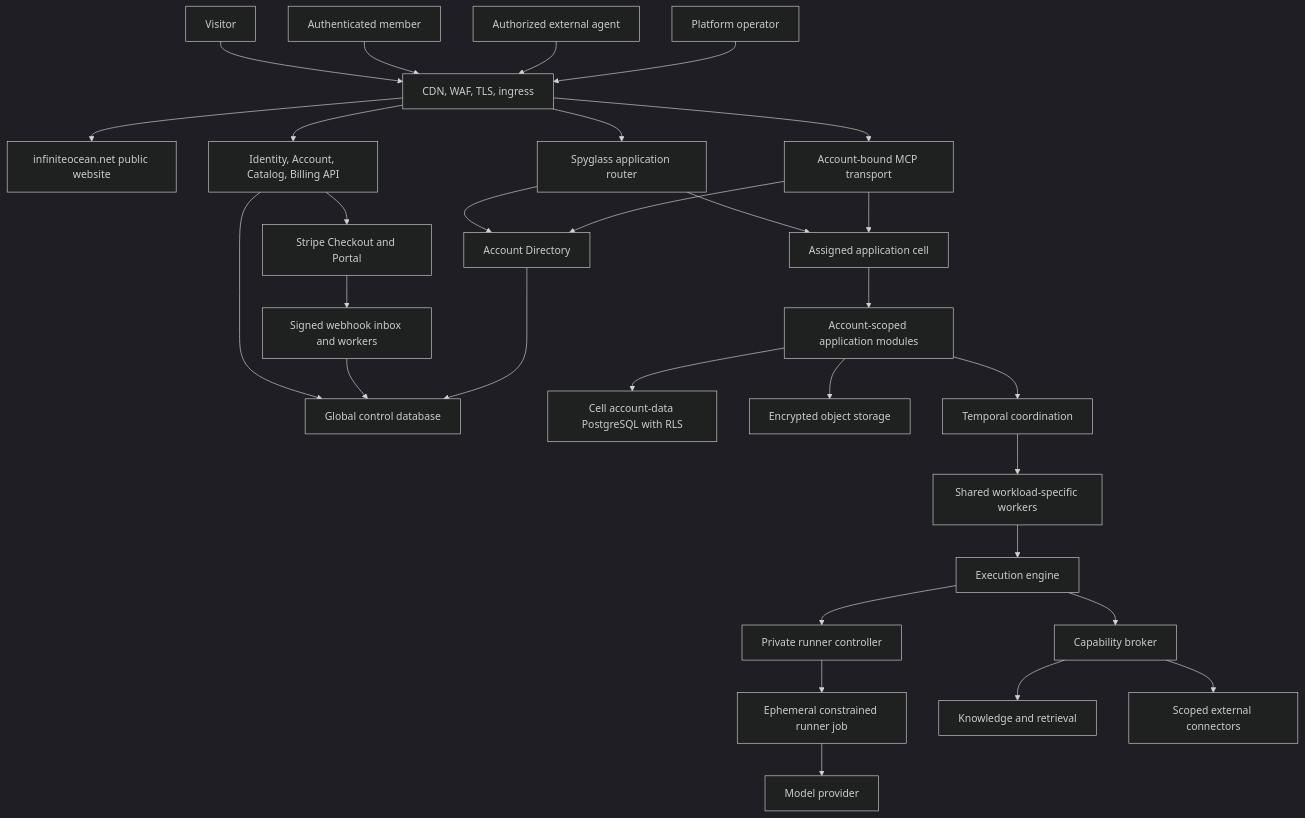
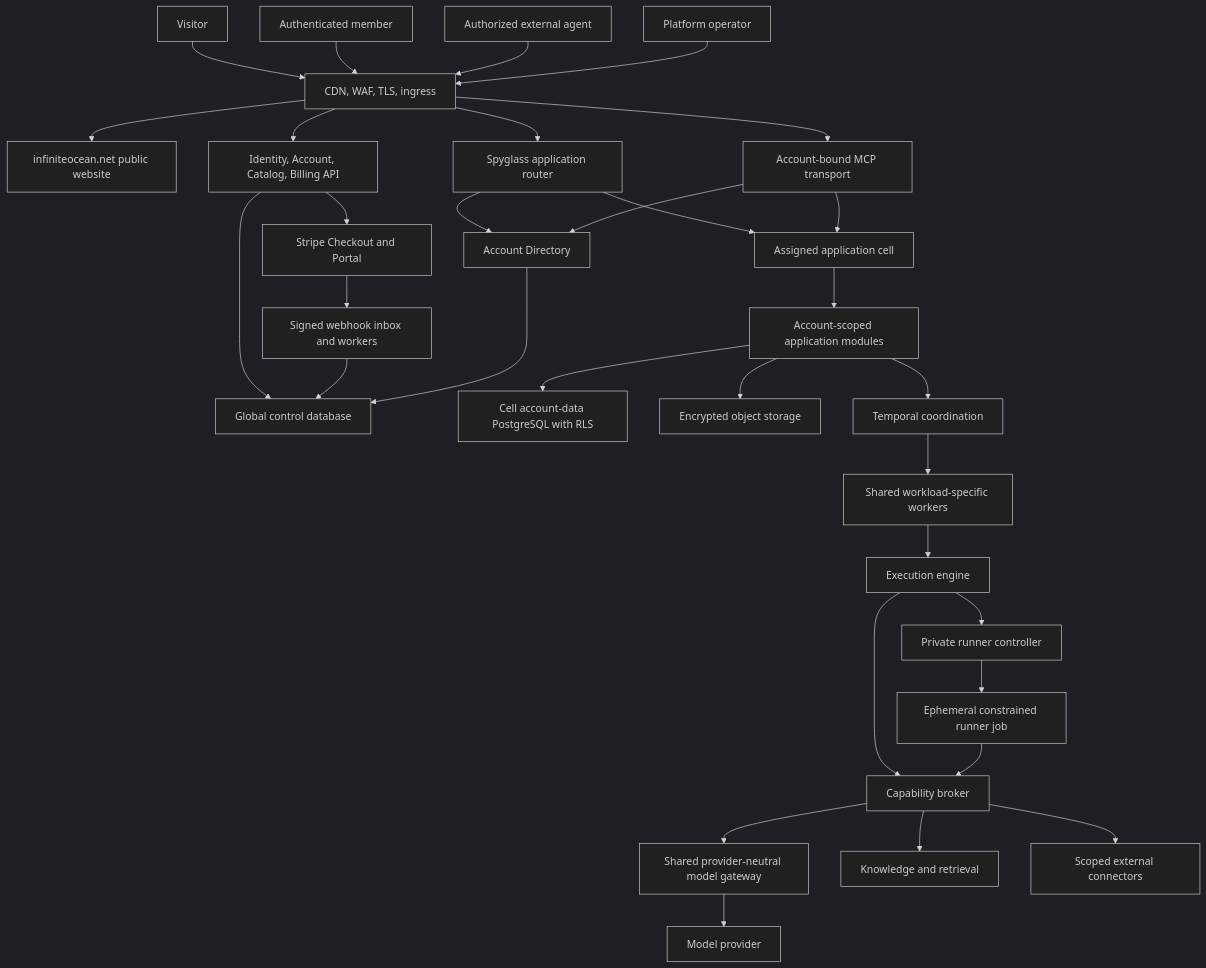
Before and after one commit to tinfoyle/mainspring-engine: the first of 2 diagrams in docs/production/architecture.md, drawn with Mermaid (dark theme). The commit also changed other lines of this file and 14 other files, not shown here.

Commit message:
feat: add credential-isolated model gateway

````diff
--- a/docs/production/architecture.md
+++ b/docs/production/architecture.md
@@ -10,36 +10,38 @@
 ```mermaid
 flowchart TB
     Visitor["Visitor"] --> Edge["CDN, WAF, TLS, ingress"]
     Member["Authenticated member"] --> Edge
     ExternalAgent["Authorized external agent"] --> Edge
     Operator["Platform operator"] --> Edge
 
     Edge --> Website["infiniteocean.net public website"]
     Edge --> AccountAPI["Identity, Account, Catalog, Billing API"]
     Edge --> Router["Spyglass application router"]
     Edge --> MCP["Account-bound MCP transport"]
 
     AccountAPI --> GlobalDB["Global control database"]
     AccountAPI --> Stripe["Stripe Checkout and Portal"]
     Stripe --> BillingInbox["Signed webhook inbox and workers"]
     BillingInbox --> GlobalDB
 
     Router --> Directory["Account Directory"]
     MCP --> Directory
     Directory --> GlobalDB
     Router --> Cell["Assigned application cell"]
     MCP --> Cell
 
     Cell --> Modules["Account-scoped application modules"]
     Modules --> CellDB["Cell account-data PostgreSQL with RLS"]
     Modules --> Objects["Encrypted object storage"]
     Modules --> Temporal["Temporal coordination"]
     Temporal --> Workers["Shared workload-specific workers"]
     Workers --> Execution["Execution engine"]
     Execution --> RunnerController["Private runner controller"]
     RunnerController --> Runner["Ephemeral constrained runner job"]
-    Runner --> Provider["Model provider"]
     Execution --> Broker["Capability broker"]
+    Runner --> Broker
+    Broker --> ModelGateway["Shared provider-neutral model gateway"]
+    ModelGateway --> Provider["Model provider"]
     Broker --> Knowledge["Knowledge and retrieval"]
     Broker --> Connectors["Scoped external connectors"]
 ```
````
